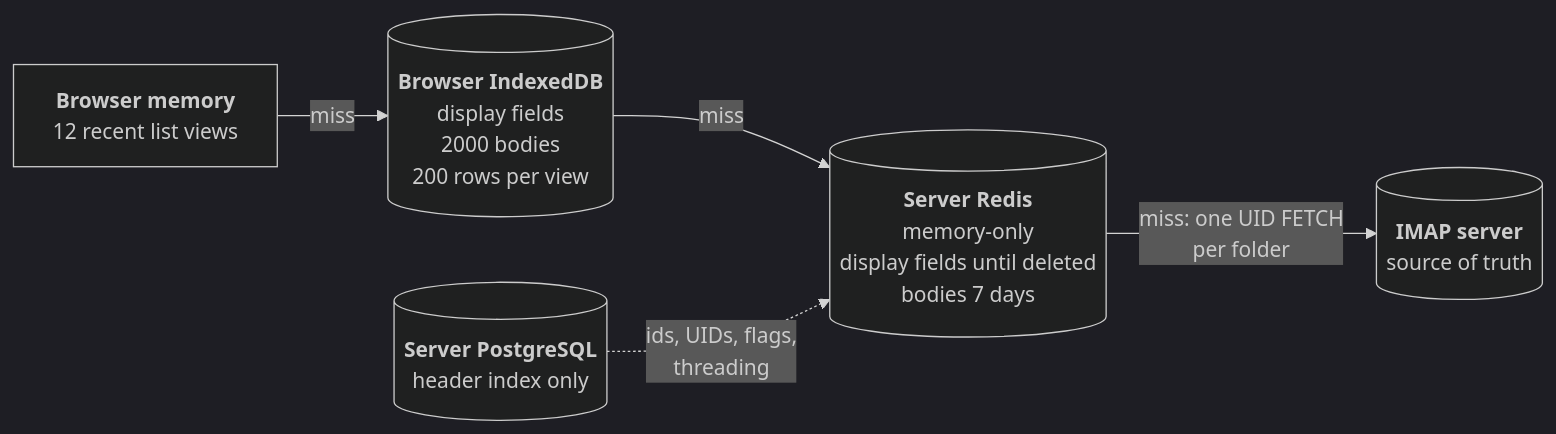
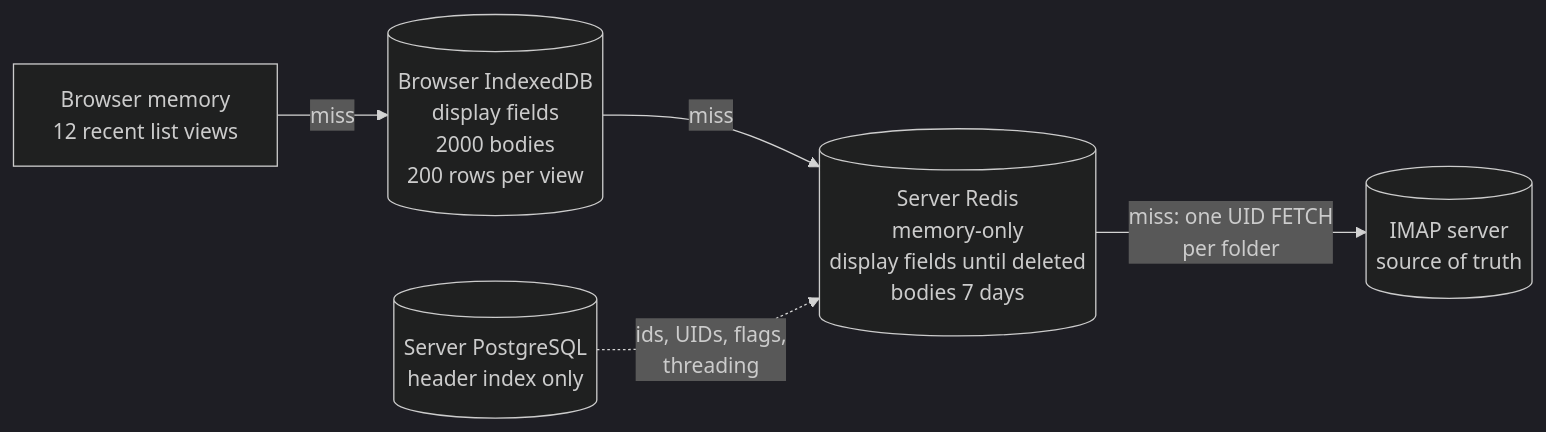
Before and after one commit to ftagsold/Inboxora: the diagram in media/diagrams/cache-layers.mmd, drawn with Mermaid (dark theme). The commit also changed 3 other files, not shown here.

First line of the commit message:
docs: diagram SVGs use plain text labels

```diff
--- a/media/diagrams/cache-layers.mmd
+++ b/media/diagrams/cache-layers.mmd
@@ -1,10 +1,10 @@
 flowchart LR
-    mem["<b>Browser memory</b><br/>12 recent list views"]
-    idb[("<b>Browser IndexedDB</b><br/>display fields<br/>2000 bodies<br/>200 rows per view")]
-    redis[("<b>Server Redis</b><br/>memory-only<br/>display fields until deleted<br/>bodies 7 days")]
-    imap[("<b>IMAP server</b><br/>source of truth")]
-    pg[("<b>Server PostgreSQL</b><br/>header index only")]
+    mem["Browser memory<br/>12 recent list views"]
+    idb[("Browser IndexedDB<br/>display fields<br/>2000 bodies<br/>200 rows per view")]
+    redis[("Server Redis<br/>memory-only<br/>display fields until deleted<br/>bodies 7 days")]
+    imap[("IMAP server<br/>source of truth")]
+    pg[("Server PostgreSQL<br/>header index only")]
     mem -->|miss| idb
     idb -->|miss| redis
     redis -->|"miss: one UID FETCH<br/>per folder"| imap
     pg -.->|"ids, UIDs, flags,<br/>threading"| redis
```
